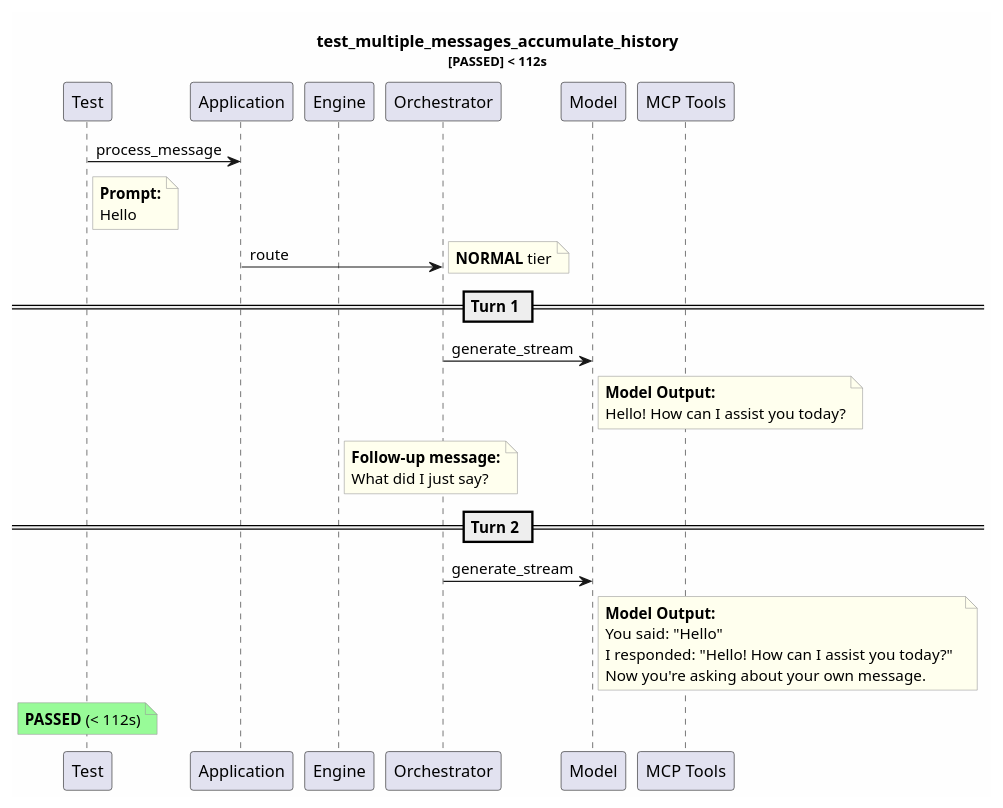
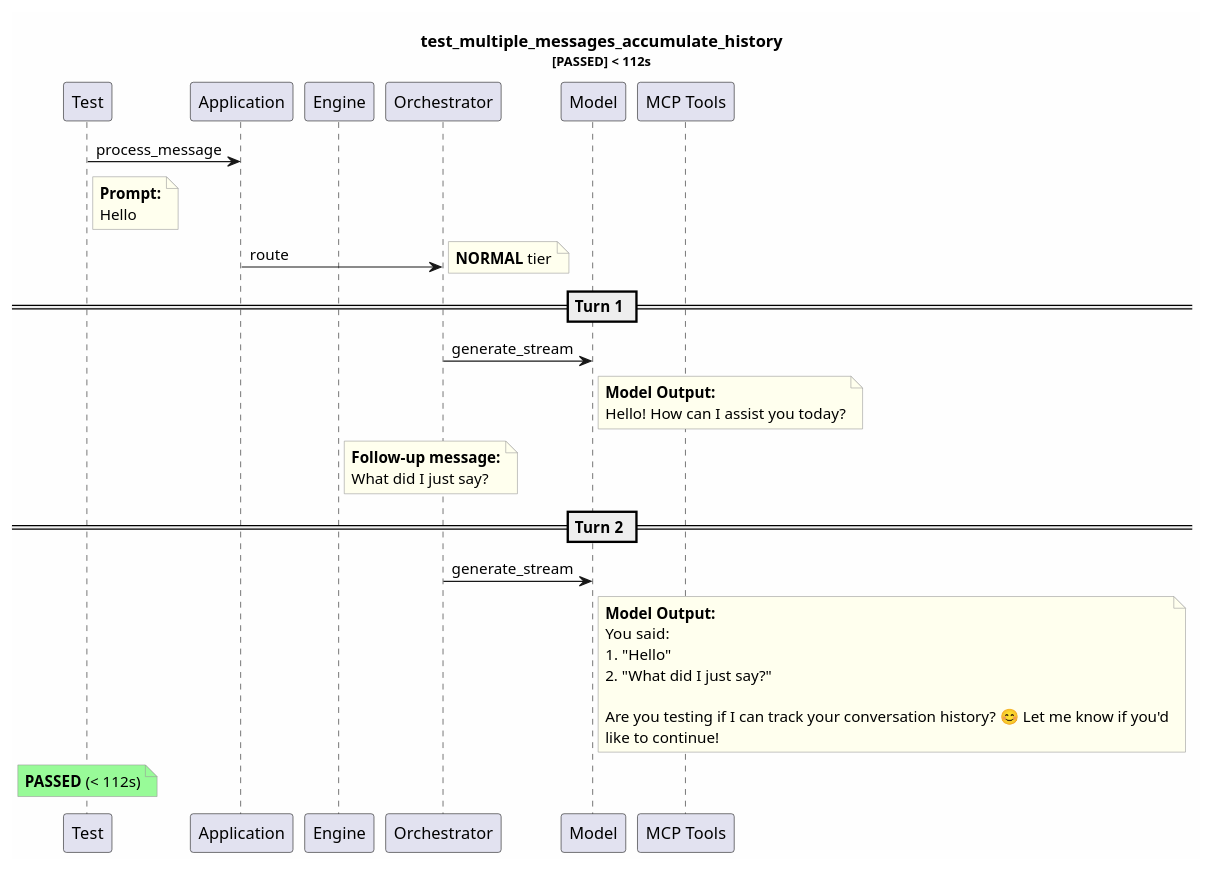
The diagram in test-reports/logs/test_multiple_messages_accumulate_history/test_multiple_messages_accumulate_history.puml (tvanfossen/entropic), drawn with PlantUML before and after one commit. The commit also changed 57 other files, not shown here.

```diff
--- a/test-reports/logs/test_multiple_messages_accumulate_history/test_multiple_messages_accumulate_history.puml
+++ b/test-reports/logs/test_multiple_messages_accumulate_history/test_multiple_messages_accumulate_history.puml
@@ -1,43 +1,46 @@
 @startuml
 skinparam backgroundColor #FEFEFE
 skinparam noteBorderColor #999999
 skinparam noteBackgroundColor #FFFFEE
 title test_multiple_messages_accumulate_history\n<size:11>[PASSED] < 112s</size>
 
 participant "Test" as T
 participant "Application" as App
 participant "Engine" as Eng
 participant "Orchestrator" as Orch
 participant "Model" as Mdl
 participant "MCP Tools" as MCP
 
 T -> App: process_message
 note right of T
   **Prompt:**
   Hello
 end note
 App -> Orch: route
 note right: **NORMAL** tier
 == Turn 1 ==
 Orch -> Mdl: generate_stream
 note right of Mdl
   **Model Output:**
   Hello! How can I assist you today?
 end note
 note right of Eng
   **Follow-up message:**
   What did I just say?
 end note
 == Turn 2 ==
 Orch -> Mdl: generate_stream
 note right of Mdl
   **Model Output:**
-  You said: "Hello"  
-  I responded: "Hello! How can I assist you today?"  
-  Now you're asking about your own message.
+  You said:  
+  1. "Hello"  
+  2. "What did I just say?"  
+  
+  Are you testing if I can track your conversation history? 😊 Let me know if you'd
+  like to continue!
 end note
 note over T #palegreen
   **PASSED** (< 112s)
 end note
 
 @enduml
```
